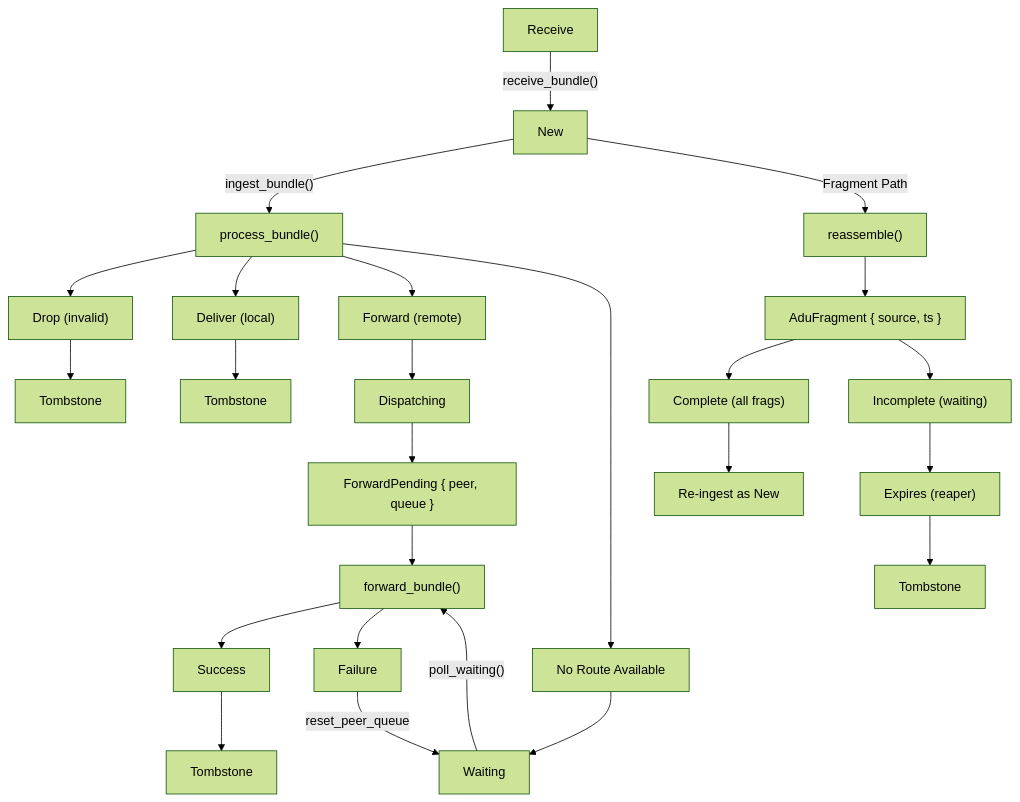
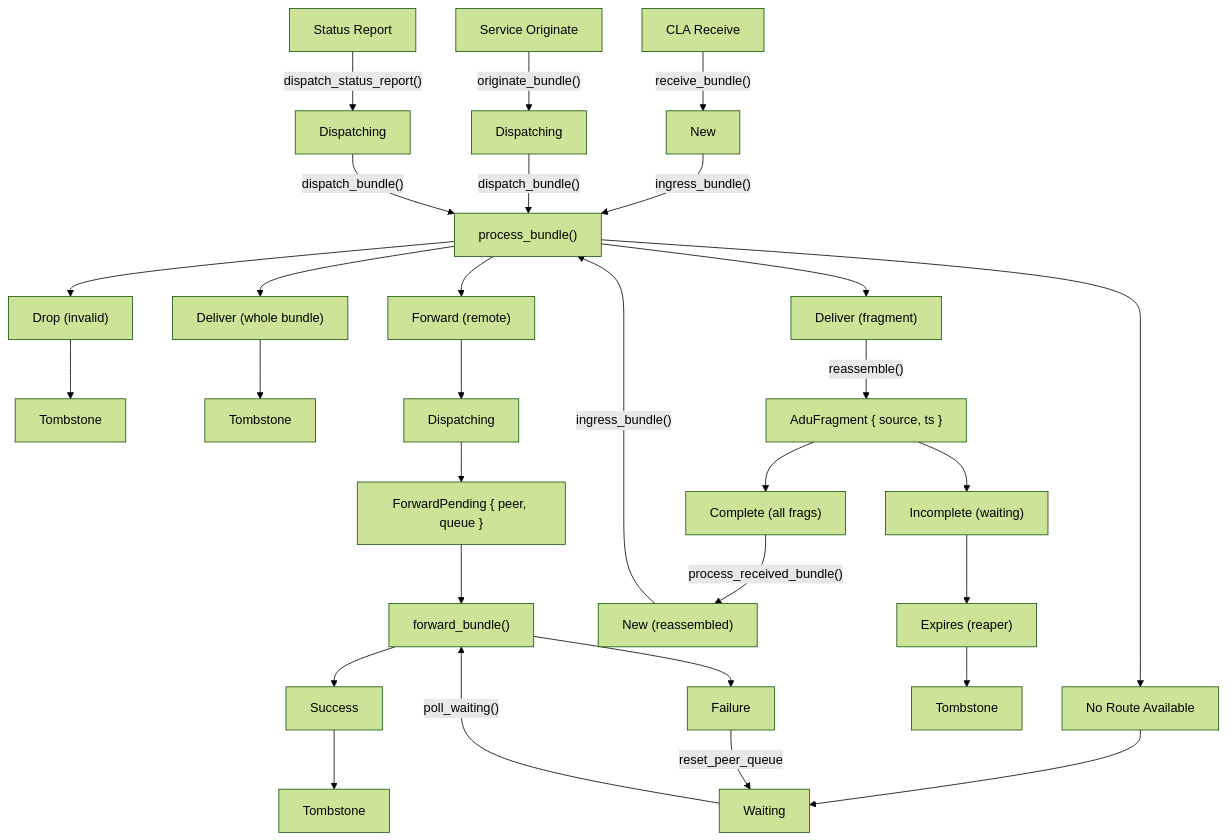
The diagram in bpa/docs/bundle_state_machine_design.md (ricktaylor/hardy), drawn with Mermaid (forest theme) before and after one commit. The commit also changed other lines of this file and 13 other files, not shown here.

````diff
--- a/bpa/docs/bundle_state_machine_design.md
+++ b/bpa/docs/bundle_state_machine_design.md
@@ -31,36 +31,42 @@
 ```mermaid
 flowchart TD
-    Receive["Receive"] -->|"receive_bundle()"| New["New"]
-    New -->|"ingest_bundle()"| ProcessBundle["process_bundle()"]
+    Receive["CLA Receive"] -->|"receive_bundle()"| New["New"]
+    Originate["Service Originate"] -->|"originate_bundle()"| OrigDispatching["Dispatching"]
+    StatusReport["Status Report"] -->|"dispatch_status_report()"| SrDispatching["Dispatching"]
+
+    New -->|"ingress_bundle()"| ProcessBundle["process_bundle()"]
+    OrigDispatching -->|"dispatch_bundle()"| ProcessBundle
+    SrDispatching -->|"dispatch_bundle()"| ProcessBundle
 
     ProcessBundle --> Drop["Drop (invalid)"]
-    ProcessBundle --> Deliver["Deliver (local)"]
+    ProcessBundle --> DeliverWhole["Deliver (whole bundle)"]
+    ProcessBundle --> DeliverFrag["Deliver (fragment)"]
     ProcessBundle --> Forward["Forward (remote)"]
     ProcessBundle --> NoRoute["No Route Available"]
 
     Drop --> Tombstone1["Tombstone"]
-    Deliver --> Tombstone2["Tombstone"]
+    DeliverWhole --> Tombstone2["Tombstone"]
     Forward --> Dispatching["Dispatching"]
     NoRoute --> Waiting["Waiting"]
 
     Dispatching --> ForwardPending["ForwardPending { peer, queue }"]
 
     ForwardPending --> ForwardBundle["forward_bundle()"]
     Waiting -->|"poll_waiting()"| ForwardBundle
 
     ForwardBundle --> Success
     ForwardBundle --> Failure
 
     Success --> Tombstone3["Tombstone"]
     Failure -->|"reset_peer_queue"| Waiting
 
-    New -->|"Fragment Path"| Reassemble["reassemble()"]
-    Reassemble --> AduFragment["AduFragment { source, ts }"]
+    DeliverFrag -->|"reassemble()"| AduFragment["AduFragment { source, ts }"]
 
     AduFragment --> Complete["Complete (all frags)"]
     AduFragment --> Incomplete["Incomplete (waiting)"]
 
-    Complete --> ReIngest["Re-ingest as New"]
+    Complete -->|"process_received_bundle()"| NewReassembled["New (reassembled)"]
+    NewReassembled -->|"ingress_bundle()"| ProcessBundle
     Incomplete --> Expires["Expires (reaper)"]
     Expires --> Tombstone4["Tombstone"]
 ```
````
